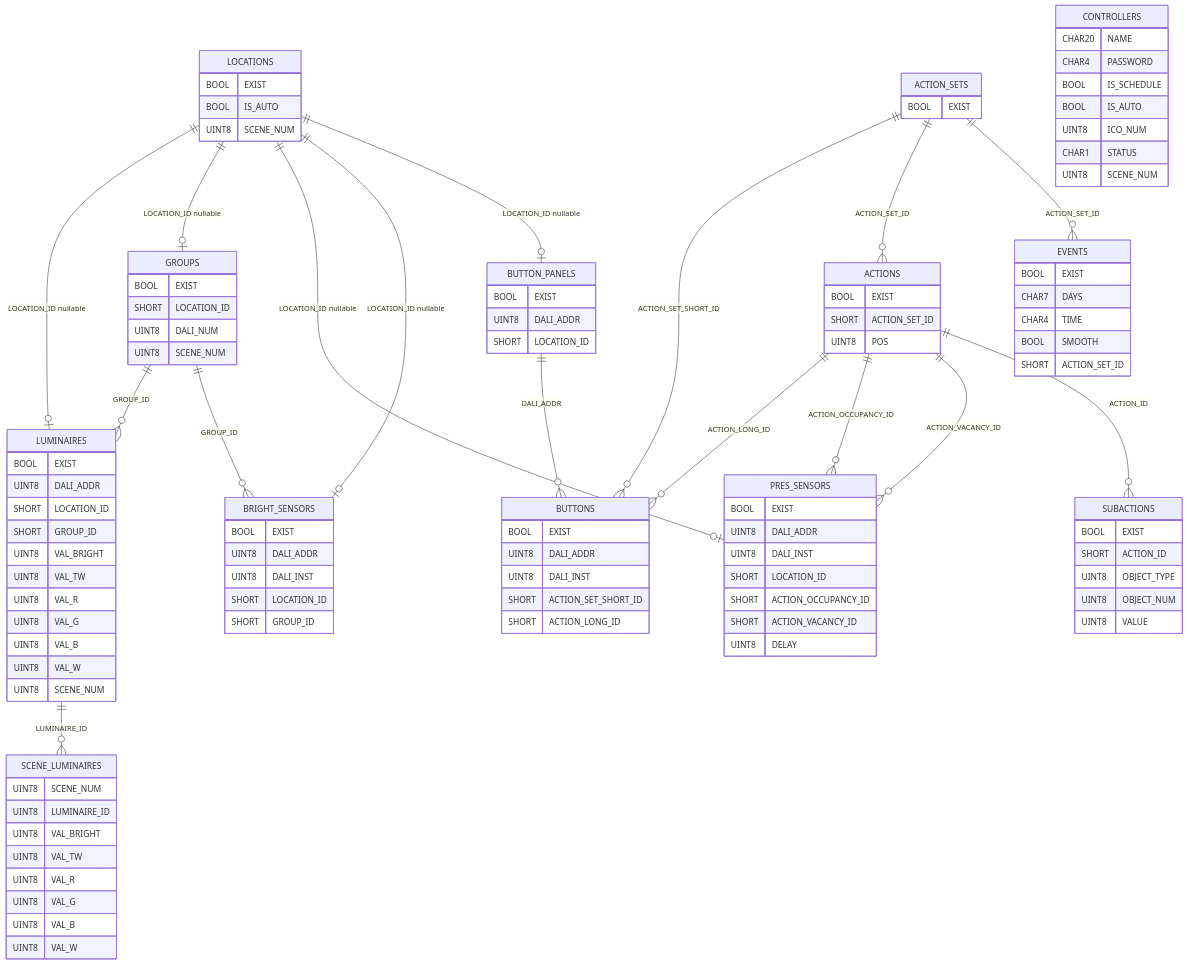
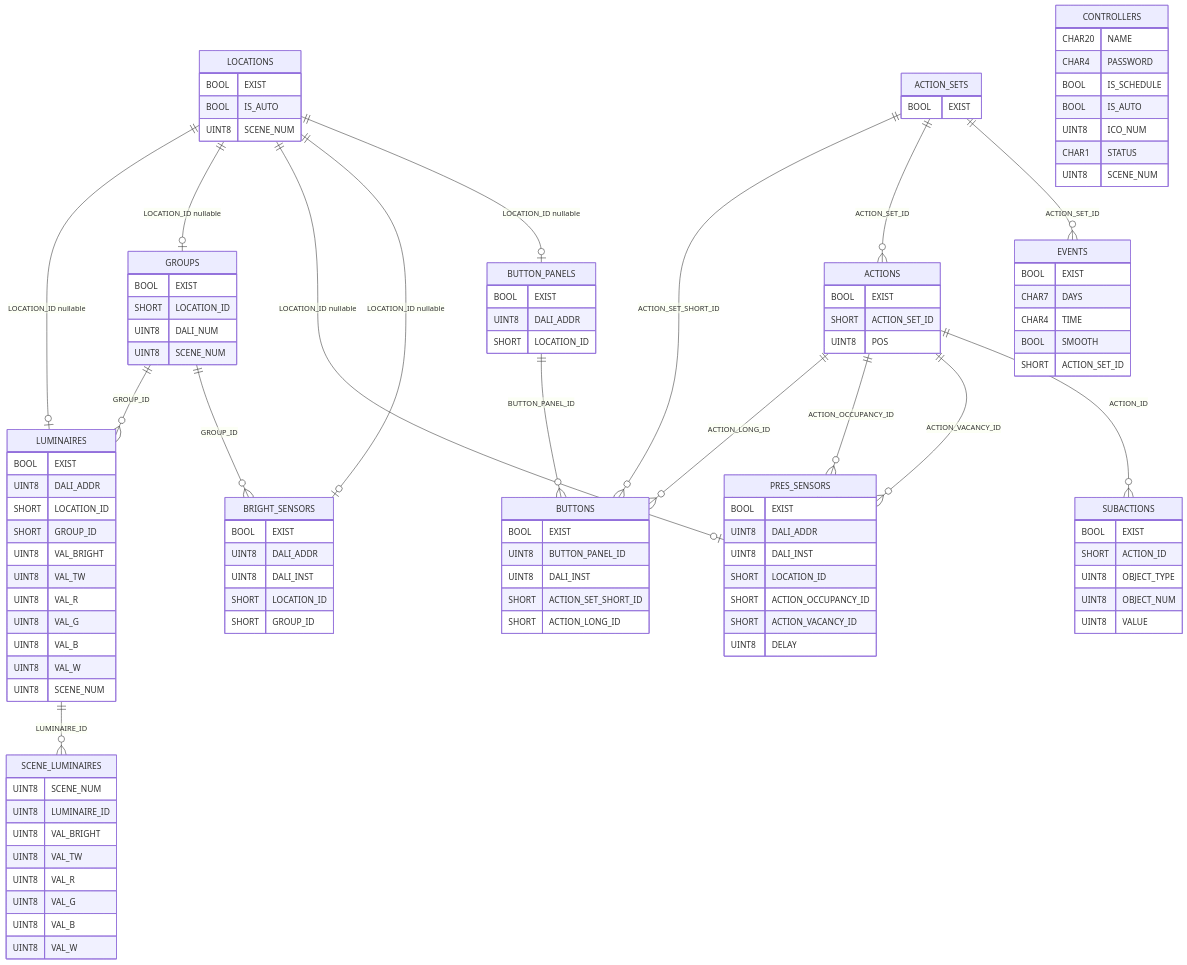
The diagram in PDS/SynapsePDS_FW_DB_scheme.md (KhudyakovAlex/Synapse), drawn with Mermaid before and after one commit. The commit also changed 7 other files, not shown here.

```diff
--- a/PDS/SynapsePDS_FW_DB_scheme.md
+++ b/PDS/SynapsePDS_FW_DB_scheme.md
@@ -14,7 +14,7 @@
     GROUPS ||--o{ LUMINAIRES : "GROUP_ID"
     GROUPS ||--o{ BRIGHT_SENSORS : "GROUP_ID"
     LUMINAIRES ||--o{ SCENE_LUMINAIRES : "LUMINAIRE_ID"
-    BUTTON_PANELS ||--o{ BUTTONS : "DALI_ADDR"
+    BUTTON_PANELS ||--o{ BUTTONS : "BUTTON_PANEL_ID"
     ACTION_SETS ||--o{ BUTTONS : "ACTION_SET_SHORT_ID"
     ACTION_SETS ||--o{ ACTIONS : "ACTION_SET_ID"
     ACTIONS ||--o{ BUTTONS : "ACTION_LONG_ID"
@@ -97,7 +97,7 @@
 
     BUTTONS {
         BOOL EXIST
-        UINT8 DALI_ADDR
+        UINT8 BUTTON_PANEL_ID
         UINT8 DALI_INST
         SHORT ACTION_SET_SHORT_ID
         SHORT ACTION_LONG_ID
```
